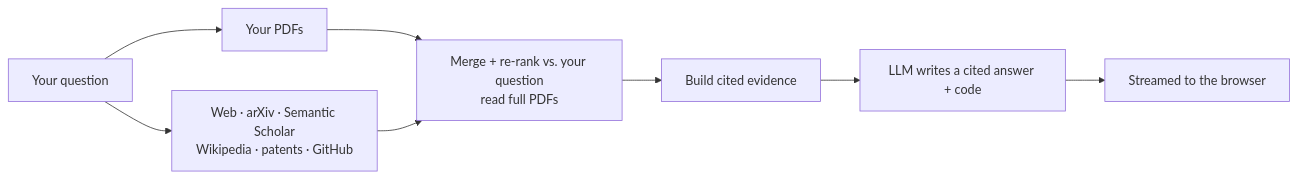
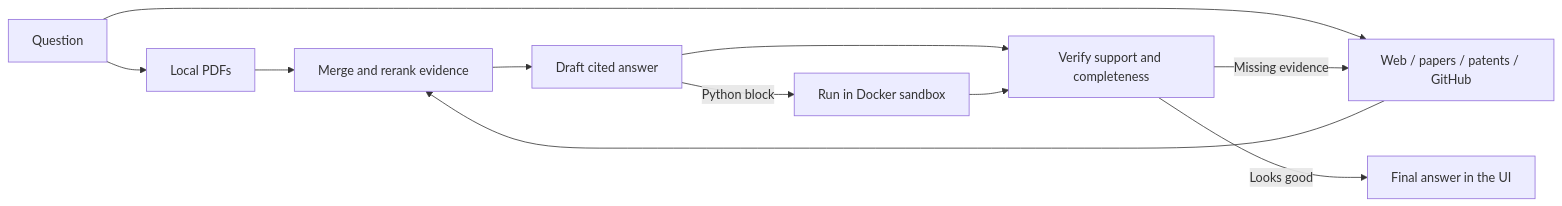
Before and after one commit to anistondeveloperteam-ANT/Audio-research-assistant: the first of 3 diagrams in README.md, drawn with Mermaid. The commit also changed other lines of this file and 1 other file, not shown here.

Commit message:
docs: refresh GitHub README and PDF brief

````diff
--- a/README.md
+++ b/README.md
@@ -40,10 +57,16 @@
 ```mermaid
 flowchart LR
-    Q[Your question] --> L[Your PDFs]
-    Q --> EXT[Web · arXiv · Semantic Scholar<br/>Wikipedia · patents · GitHub]
-    L --> RR[Merge + re-rank vs. your question<br/>read full PDFs]
-    EXT --> RR
-    RR --> CTX[Build cited evidence]
-    CTX --> LLM[LLM writes a cited answer + code]
-    LLM --> UI[Streamed to the browser]
+    Q[Question] --> LOCAL[Local PDFs]
+    Q --> EXT[Web / papers / patents / GitHub]
+
+    LOCAL --> RANK[Merge and rerank evidence]
+    EXT --> RANK
+
+    RANK --> DRAFT[Draft cited answer]
+    DRAFT --> VERIFY[Verify support and completeness]
+    VERIFY -->|Missing evidence| EXT
+    VERIFY -->|Looks good| FINAL[Final answer in the UI]
+
+    DRAFT -->|Python block| DOCKER[Run in Docker sandbox]
+    DOCKER --> VERIFY
 ```
````
